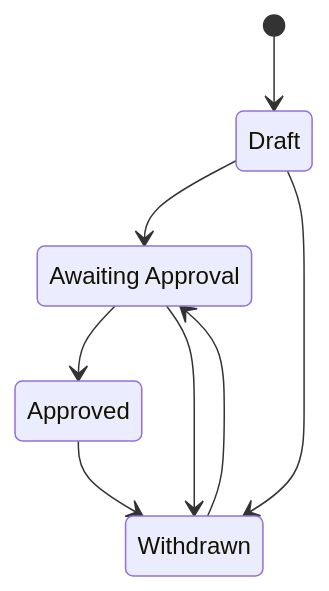
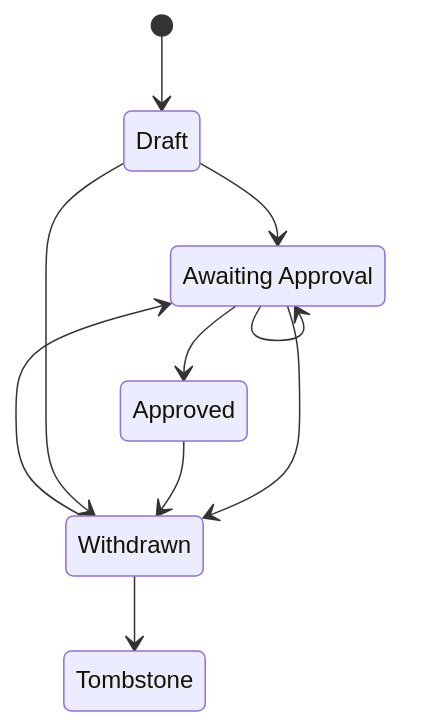
Before and after one commit to pulibrary/pdc_describe: the diagram in docs/work_states.md, drawn with Mermaid. The commit also changed other lines of this file, not shown here.

````diff
--- a/docs/work_states.md
+++ b/docs/work_states.md
@@ -24,14 +43,17 @@
 ```mermaid
 stateDiagram-v2
     draft: Draft
     await: Awaiting Approval
     approve: Approved
     withdrawn: Withdrawn
+    tombstone: Tombstone
     [*] --> draft
     draft --> await
+    await --> await
     await --> approve
     await --> withdrawn
     withdrawn --> await
     approve --> withdrawn
     draft --> withdrawn
+    withdrawn --> tombstone
 ```
````
